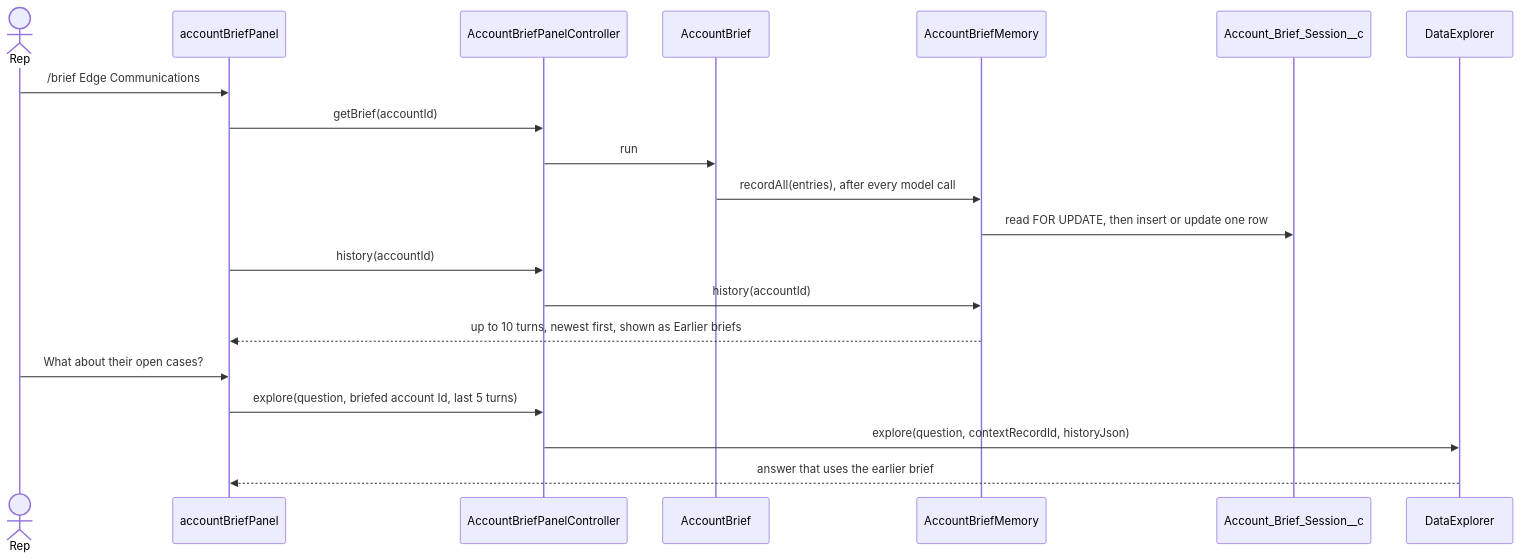
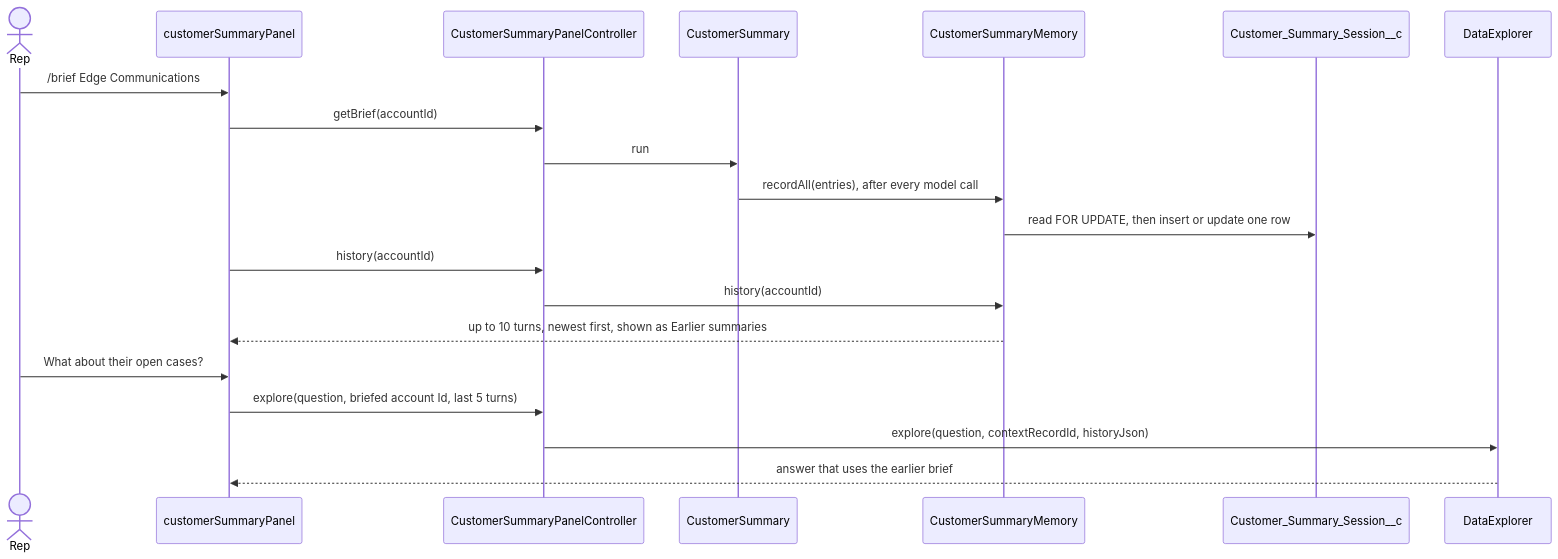
The diagram in docs/patterns/05-conversation-memory.md (nelsben/generic-agent), drawn with Mermaid before and after one commit. The commit also changed other lines of this file and 160 other files, not shown here.

First line of the commit message:
BE-23: FR2 rename in the repo, Account Brief becomes Customer Summary (GO)

````diff
--- a/docs/patterns/05-conversation-memory.md
+++ b/docs/patterns/05-conversation-memory.md
@@ -18,22 +18,22 @@
 ```mermaid
 sequenceDiagram
     actor U as Rep
-    participant P as accountBriefPanel
-    participant C as AccountBriefPanelController
-    participant B as AccountBrief
-    participant MEM as AccountBriefMemory
-    participant S as Account_Brief_Session__c
+    participant P as customerSummaryPanel
+    participant C as CustomerSummaryPanelController
+    participant B as CustomerSummary
+    participant MEM as CustomerSummaryMemory
+    participant S as Customer_Summary_Session__c
     participant D as DataExplorer
     U->>P: /brief Edge Communications
     P->>C: getBrief(accountId)
     C->>B: run
     B->>MEM: recordAll(entries), after every model call
     MEM->>S: read FOR UPDATE, then insert or update one row
     P->>C: history(accountId)
     C->>MEM: history(accountId)
-    MEM-->>P: up to 10 turns, newest first, shown as Earlier briefs
+    MEM-->>P: up to 10 turns, newest first, shown as Earlier summaries
     U->>P: What about their open cases?
     P->>C: explore(question, briefed account Id, last 5 turns)
     C->>D: explore(question, contextRecordId, historyJson)
     D-->>P: answer that uses the earlier brief
 ```
````
